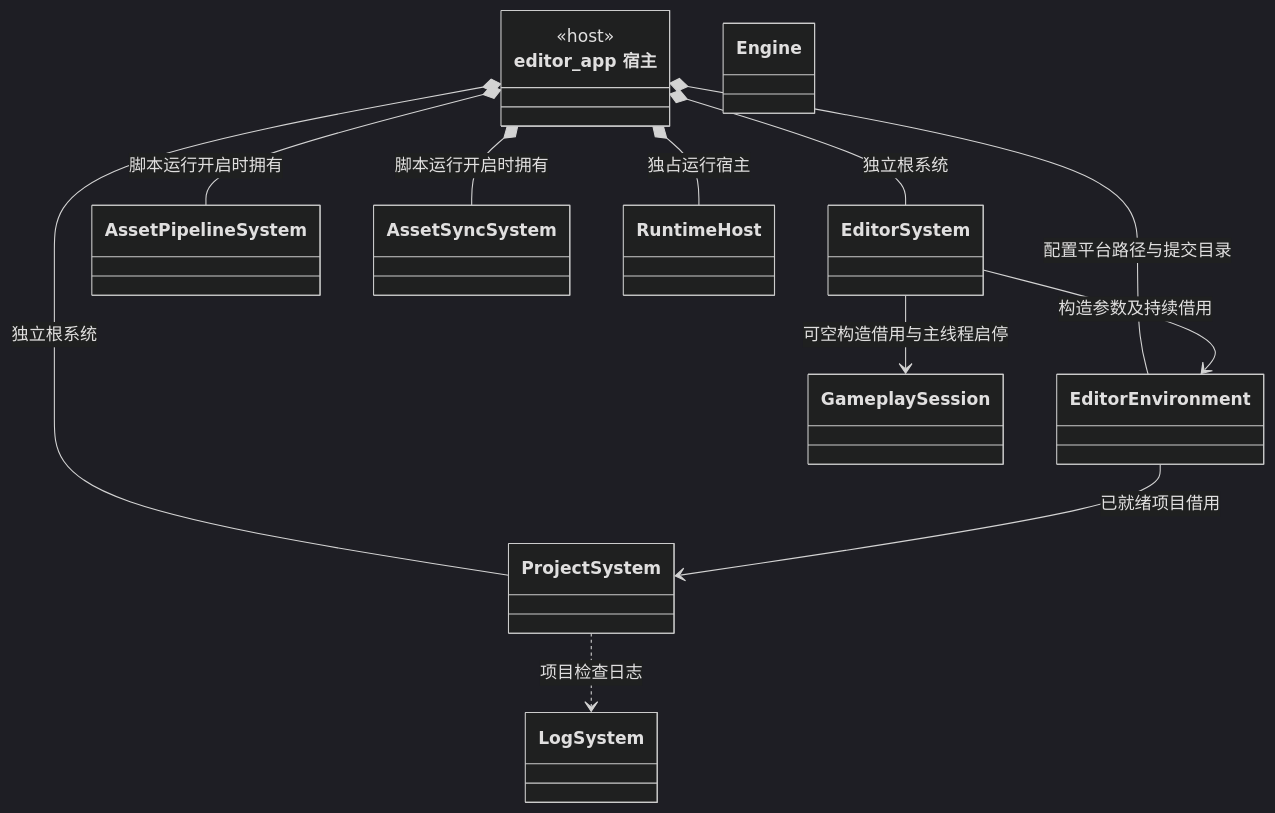
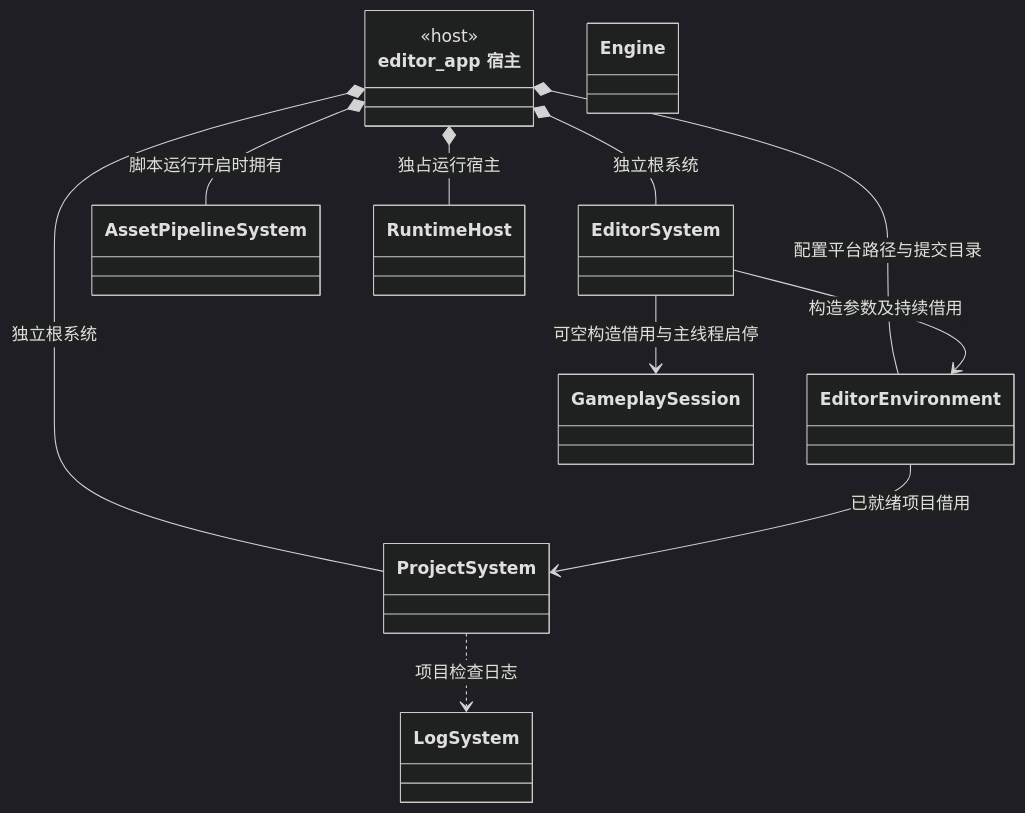
The seventh of 26 diagrams in docs/class-diagrams/references.md (lcals/Engine), drawn with Mermaid (dark theme) before and after one commit. The commit also changed other lines of this file and 125 other files, not shown here.

````diff
--- a/docs/class-diagrams/references.md
+++ b/docs/class-diagrams/references.md
@@ -192,24 +192,22 @@
 ```mermaid
 classDiagram
     direction TB
     class EditorHost["editor_app 宿主"] {
         <<host>>
     }
     class ProjectSystem
     class EditorSystem
     class AssetPipelineSystem
-    class AssetSyncSystem
     class Engine
     class LogSystem
     EditorHost *-- ProjectSystem : 独立根系统
     EditorHost *-- EditorSystem : 独立根系统
     EditorHost *-- AssetPipelineSystem : 脚本运行开启时拥有
-    EditorHost *-- AssetSyncSystem : 脚本运行开启时拥有
     class EditorEnvironment
     EditorHost *-- EditorEnvironment : 配置平台路径与提交目录
     EditorEnvironment --> ProjectSystem : 已就绪项目借用
     EditorSystem --> EditorEnvironment : 构造参数及持续借用
     EditorSystem --> GameplaySession : 可空构造借用与主线程启停
     ProjectSystem ..> LogSystem : 项目检查日志
     EditorHost *-- RuntimeHost : 独占运行宿主
 ```
````
